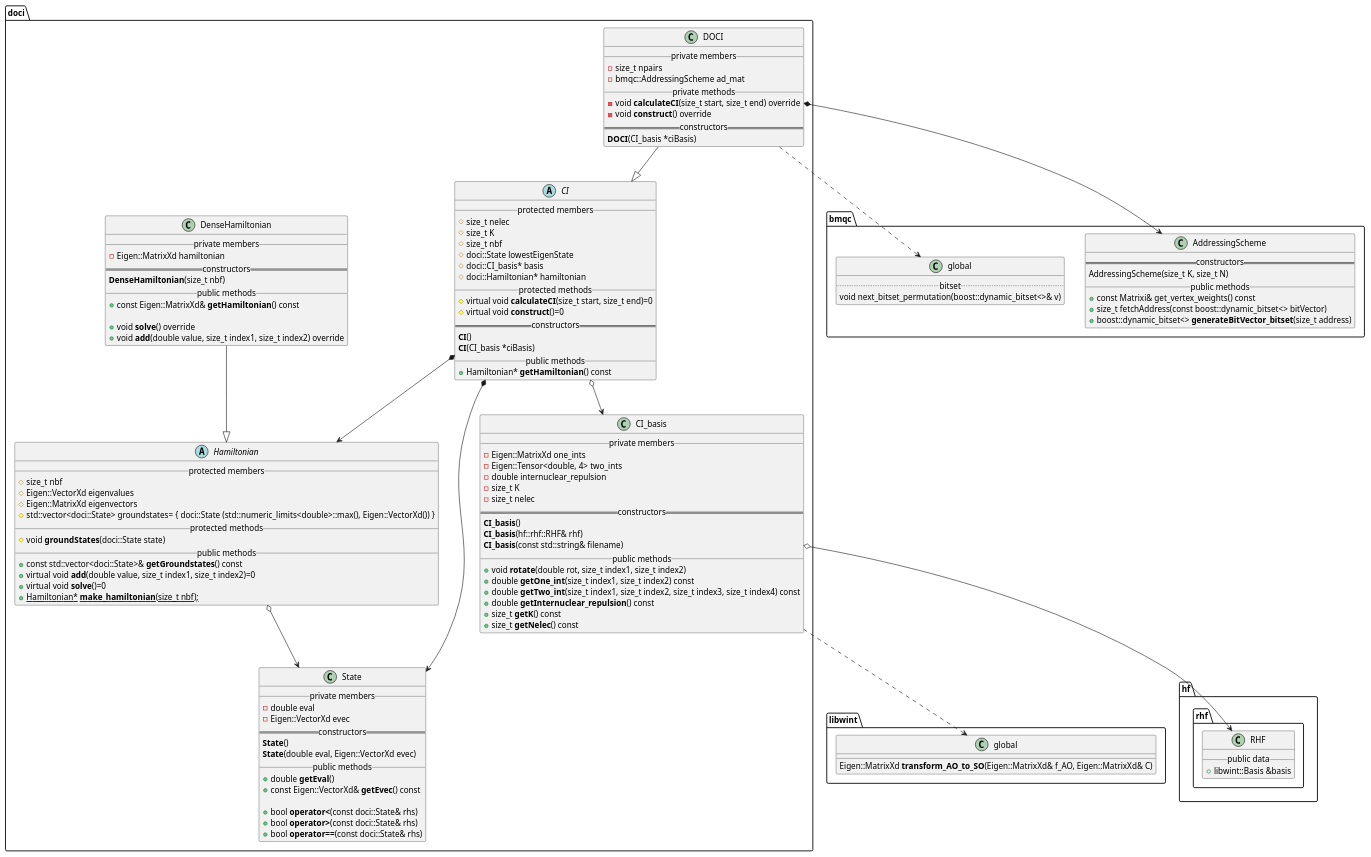
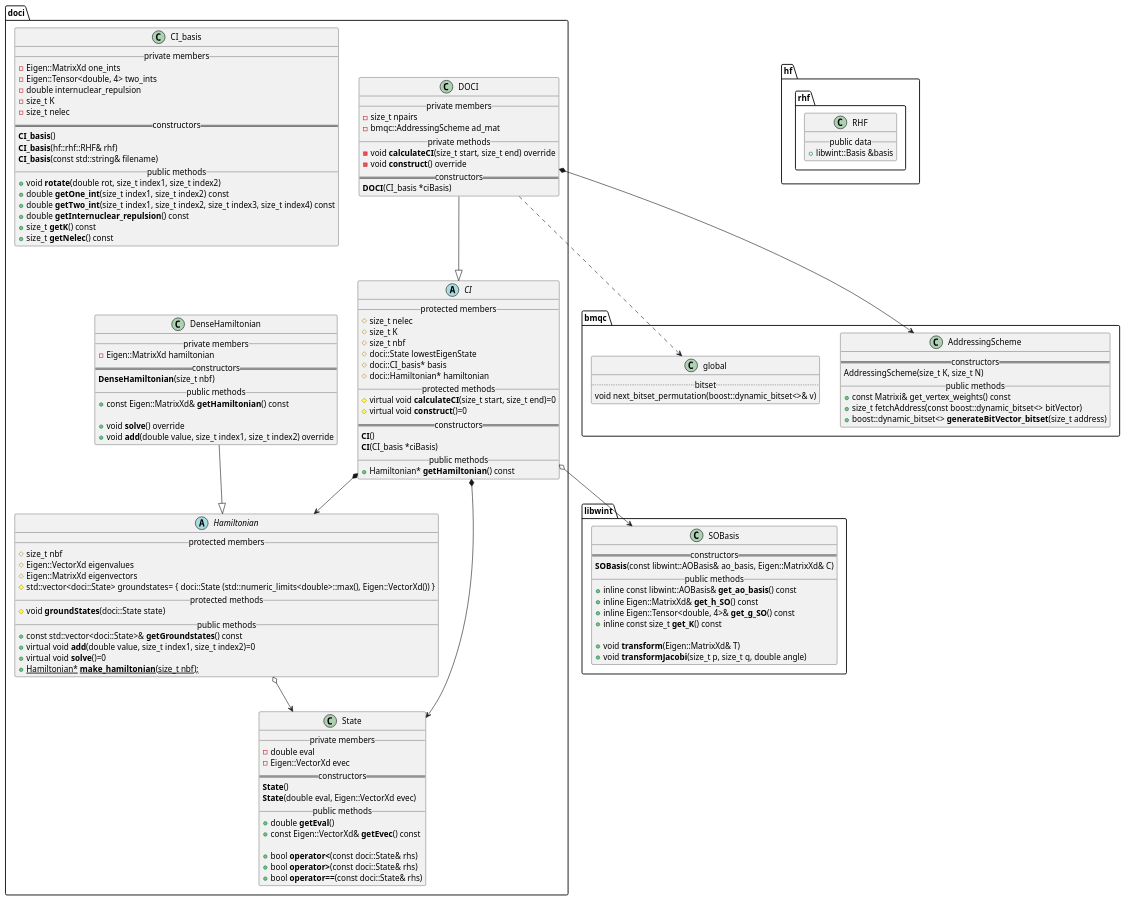
Before and after one commit to tmhuysen/ci: the diagram in docs/ci.puml, drawn with PlantUML. The commit also changed 1 other file, not shown here.

Commit message:
Added SOBasis as a dependency.

```diff
--- a/docs/ci.puml
+++ b/docs/ci.puml
@@ -1,153 +1,159 @@
 @startuml
 
 namespace doci {
     abstract class CI {
         __ protected members __
             # size_t nelec
             # size_t K
             # size_t nbf
             # doci::State lowestEigenState
             # doci::CI_basis* basis
             # doci::Hamiltonian* hamiltonian
         __ protected methods __
             # virtual void **calculateCI**(size_t start, size_t end)=0
 	        # virtual void **construct**()=0
         == constructors ==
 	        **CI**()
 	        **CI**(CI_basis *ciBasis)
 	    __ public methods __
 	        + Hamiltonian* **getHamiltonian**() const
     }
 
 
     class DOCI {
         __ private members __
             - size_t npairs
             - bmqc::AddressingScheme ad_mat
         __ private methods __
             - void **calculateCI**(size_t start, size_t end) override
             - void **construct**() override
         == constructors ==
             **DOCI**(CI_basis *ciBasis)
     }
 
 
     class State {
         __ private members __
             - double eval
             - Eigen::VectorXd evec
         == constructors ==
             **State**()
             **State**(double eval, Eigen::VectorXd evec)
         __ public methods __
             + double **getEval**()
             + const Eigen::VectorXd& **getEvec**() const
 
             + bool **operator<**(const doci::State& rhs)
             + bool **operator>**(const doci::State& rhs)
             + bool **operator==**(const doci::State& rhs)
     }
 
 
     class CI_basis {
         __ private members __
             - Eigen::MatrixXd one_ints
             - Eigen::Tensor<double, 4> two_ints
             - double internuclear_repulsion
             - size_t K
             - size_t nelec
         == constructors ==
             **CI_basis**()
             **CI_basis**(hf::rhf::RHF& rhf)
             **CI_basis**(const std::string& filename)
         __ public methods __
             + void **rotate**(double rot, size_t index1, size_t index2)
             + double **getOne_int**(size_t index1, size_t index2) const
             + double **getTwo_int**(size_t index1, size_t index2, size_t index3, size_t index4) const
             + double **getInternuclear_repulsion**() const
             + size_t **getK**() const
             + size_t **getNelec**() const
     }
 
 
     abstract class Hamiltonian {
         __ protected members __
             # size_t nbf
             # Eigen::VectorXd eigenvalues
             # Eigen::MatrixXd eigenvectors
             # std::vector<doci::State> groundstates= { doci::State (std::numeric_limits<double>::max(), Eigen::VectorXd()) }
         __ protected methods __
             # void **groundStates**(doci::State state)
         __ public methods __
             + const std::vector<doci::State>& **getGroundstates**() const
             + virtual void **add**(double value, size_t index1, size_t index2)=0
             + virtual void **solve**()=0
             + {static} Hamiltonian* **make_hamiltonian**(size_t nbf);
     }
 
 
     class DenseHamiltonian {
         __ private members __
             - Eigen::MatrixXd hamiltonian
         == constructors ==
             **DenseHamiltonian**(size_t nbf)
         __ public methods __
             + const Eigen::MatrixXd& **getHamiltonian**() const
 
             + void **solve**() override
             + void **add**(double value, size_t index1, size_t index2) override
     }
 }
 
 
 namespace bmqc {
     class AddressingScheme {
         == constructors ==
             AddressingScheme(size_t K, size_t N)
         __ public methods __
             + const Matrixi& get_vertex_weights() const
             + size_t fetchAddress(const boost::dynamic_bitset<> bitVector)
             + boost::dynamic_bitset<> **generateBitVector_bitset**(size_t address)
     }
 
     class global {
         .. bitset ..
             void next_bitset_permutation(boost::dynamic_bitset<>& v)
     }
 
 
 }
 
 namespace libwint {
-    class global {
-        Eigen::MatrixXd **transform_AO_to_SO**(Eigen::MatrixXd& f_AO, Eigen::MatrixXd& C)
+    class SOBasis {
+        == constructors ==
+            **SOBasis**(const libwint::AOBasis& ao_basis, Eigen::MatrixXd& C)
+        __ public methods __
+            + inline const libwint::AOBasis& **get_ao_basis**() const
+            + inline Eigen::MatrixXd& **get_h_SO**() const
+            + inline Eigen::Tensor<double, 4>& **get_g_SO**() const
+            + inline const size_t **get_K**() const
+
+            + void **transform**(Eigen::MatrixXd& T)
+            + void **transformJacobi**(size_t p, size_t q, double angle)
     }
 }
 
 namespace hf {
     namespace rhf {
         class RHF {
             __ public data __
                 + libwint::Basis &basis
         }
     }
 }
 
 
-doci.CI_basis ..> libwint.global
-doci.CI_basis o--> hf.rhf.RHF
-
 doci.Hamiltonian o--> doci.State
 
 doci.DenseHamiltonian --|> doci.Hamiltonian
 
 doci.CI *--> doci.State
-doci.CI o--> doci.CI_basis
+doci.CI o--> libwint.SOBasis
 doci.CI *--> doci.Hamiltonian
 
 doci.DOCI --|> doci.CI
 doci.DOCI *--> bmqc.AddressingScheme
 doci.DOCI ..> bmqc.global
 
 
 @enduml
```
